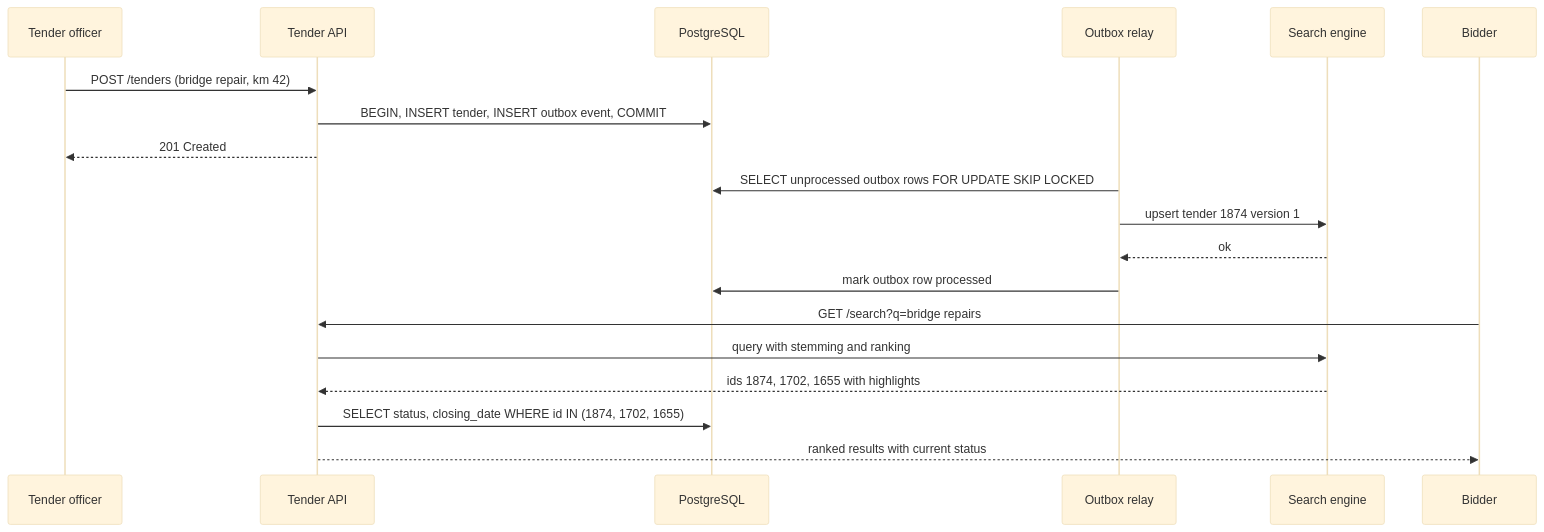
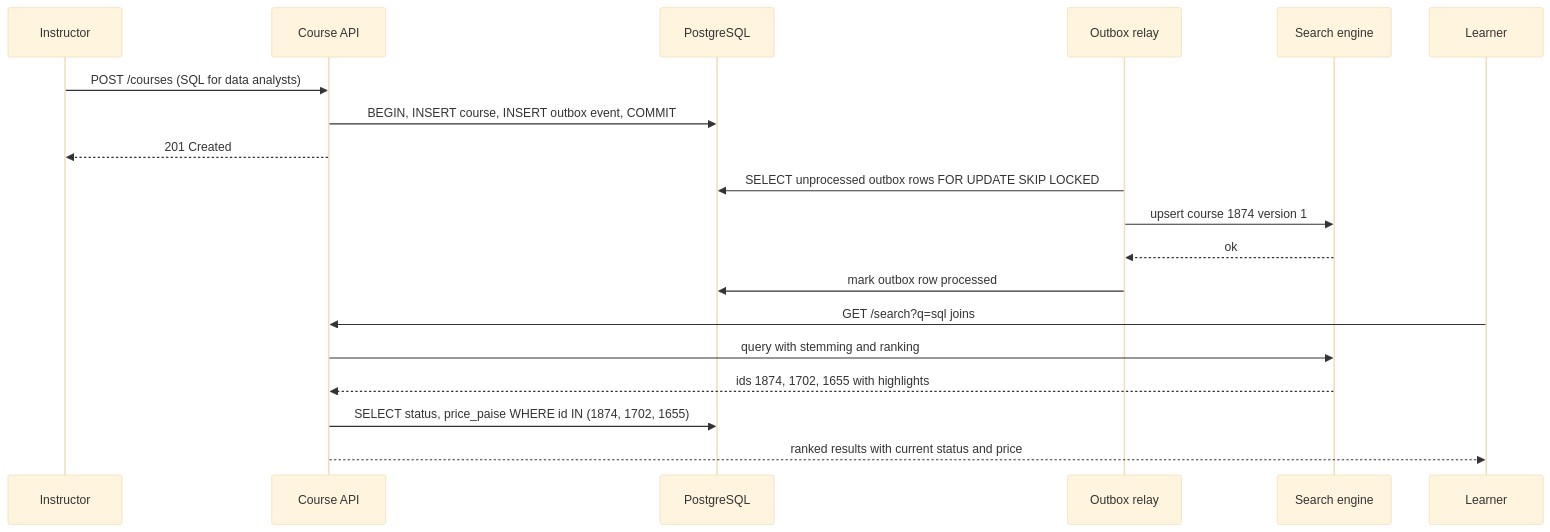
The second of 2 diagrams in content/lessons/m09/m09-relational-vs-document.md (rizwi0786/system-design-lab), drawn with Mermaid (base theme) before and after one commit. The commit also changed other lines of this file and 334 other files, not shown here.

````diff
--- a/content/lessons/m09/m09-relational-vs-document.md
+++ b/content/lessons/m09/m09-relational-vs-document.md
@@ -192,21 +193,21 @@
 ```mermaid
 sequenceDiagram
-    participant U as Tender officer
-    participant API as Tender API
+    participant U as Instructor
+    participant API as Course API
     participant PG as PostgreSQL
     participant R as Outbox relay
     participant SE as Search engine
-    participant B as Bidder
-    U->>API: POST /tenders (bridge repair, km 42)
-    API->>PG: BEGIN, INSERT tender, INSERT outbox event, COMMIT
+    participant B as Learner
+    U->>API: POST /courses (SQL for data analysts)
+    API->>PG: BEGIN, INSERT course, INSERT outbox event, COMMIT
     API-->>U: 201 Created
     R->>PG: SELECT unprocessed outbox rows FOR UPDATE SKIP LOCKED
-    R->>SE: upsert tender 1874 version 1
+    R->>SE: upsert course 1874 version 1
     SE-->>R: ok
     R->>PG: mark outbox row processed
-    B->>API: GET /search?q=bridge repairs
+    B->>API: GET /search?q=sql joins
     API->>SE: query with stemming and ranking
     SE-->>API: ids 1874, 1702, 1655 with highlights
-    API->>PG: SELECT status, closing_date WHERE id IN (1874, 1702, 1655)
-    API-->>B: ranked results with current status
+    API->>PG: SELECT status, price_paise WHERE id IN (1874, 1702, 1655)
+    API-->>B: ranked results with current status and price
 ```
````
